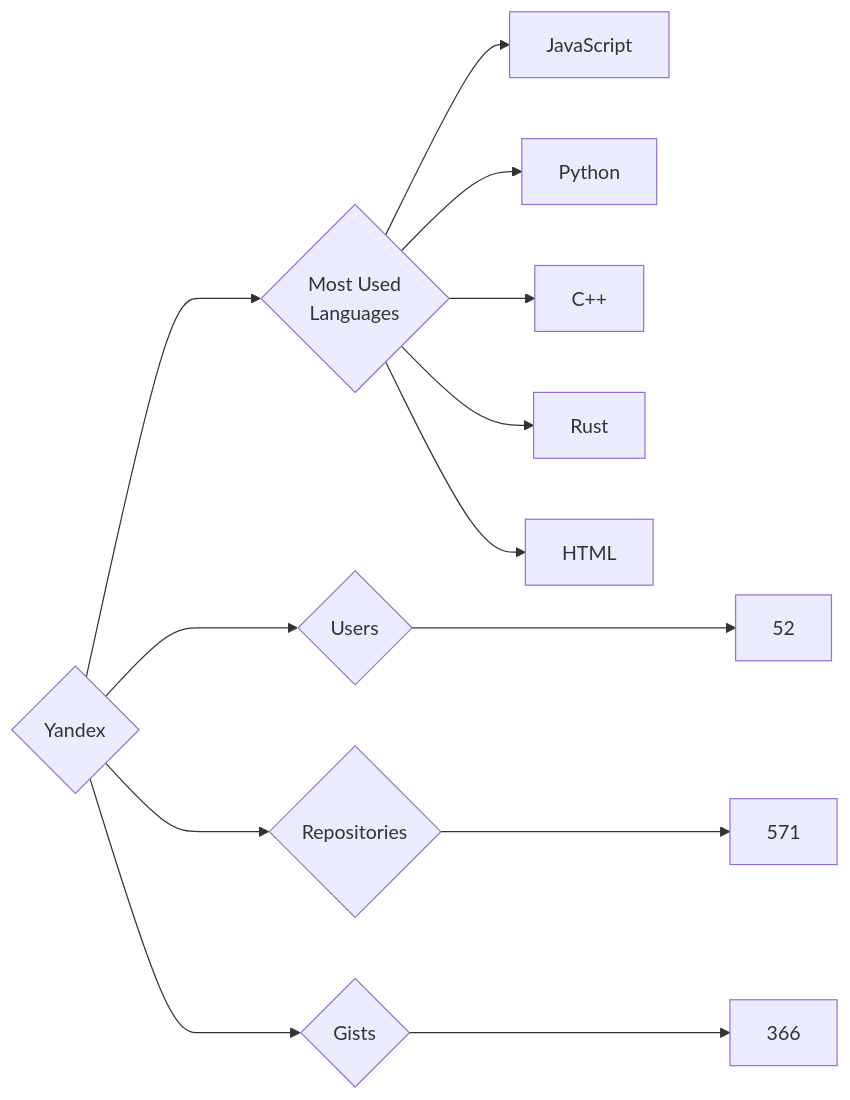
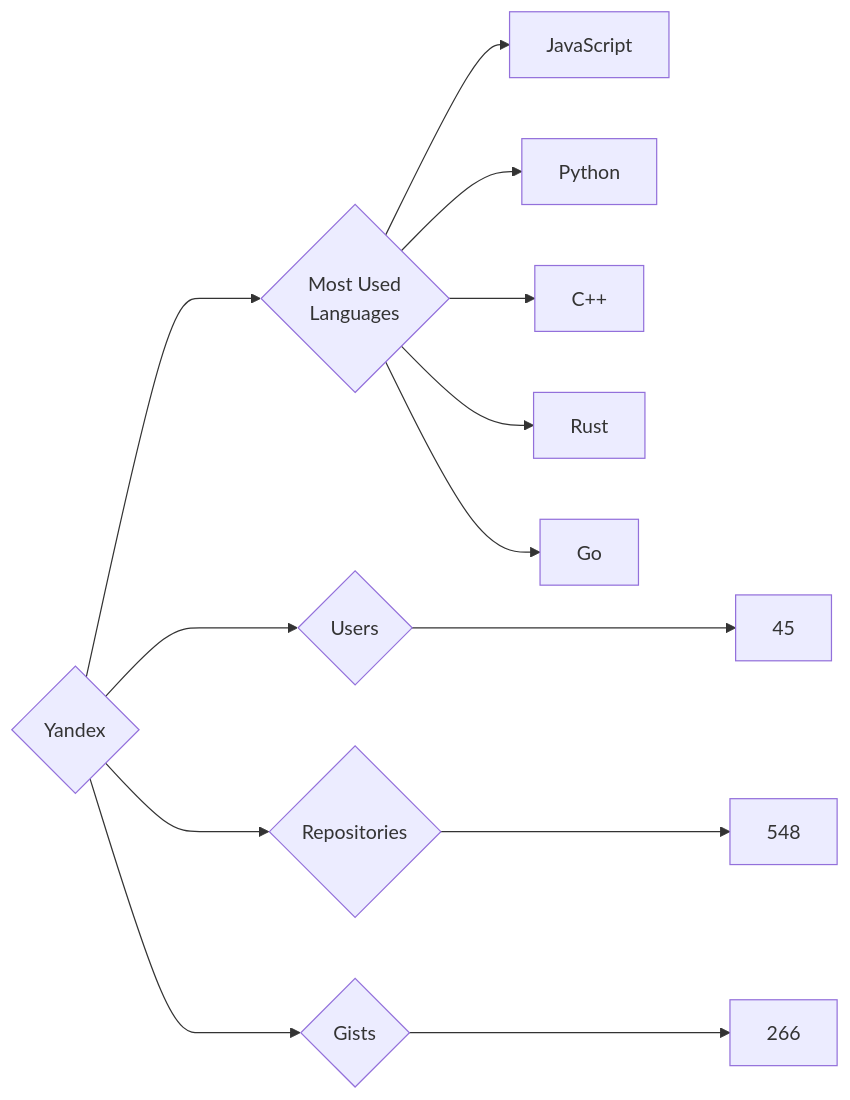
Before and after one commit to trickest/insiders: the diagram in targets/Yandex/README.md, drawn with Mermaid. The commit also changed 898 other files, not shown here.

````diff
--- a/targets/Yandex/README.md
+++ b/targets/Yandex/README.md
@@ -3,13 +3,13 @@
 ```mermaid
 graph LR
 COMPANY_NAME{Yandex}
-COMPANY_NAME ---> U{Users} ---> UN[52]
-COMPANY_NAME ---> R{Repositories} ---> RN[571]
-COMPANY_NAME ---> G{Gists} ---> GN[366]
+COMPANY_NAME ---> U{Users} ---> UN[45]
+COMPANY_NAME ---> R{Repositories} ---> RN[548]
+COMPANY_NAME ---> G{Gists} ---> GN[266]
 COMPANY_NAME ---> ML{Most Used<br>Languages}
 ML --> JavaScript[JavaScript]
 ML --> Python[Python]
 ML --> C++[C++]
 ML --> Rust[Rust]
-ML --> HTML[HTML]
+ML --> Go[Go]
 ```
````
